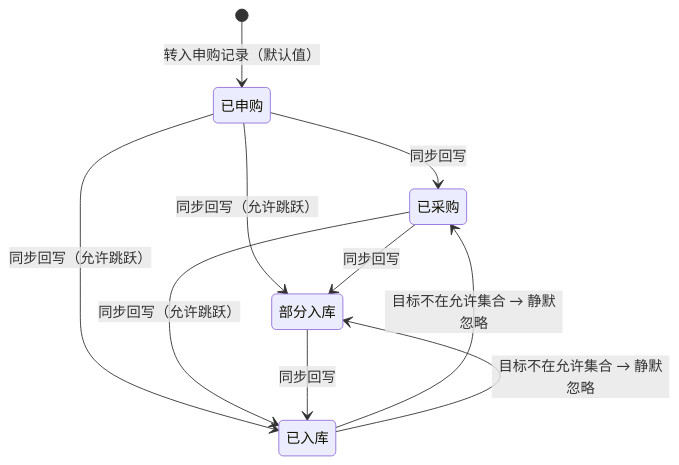
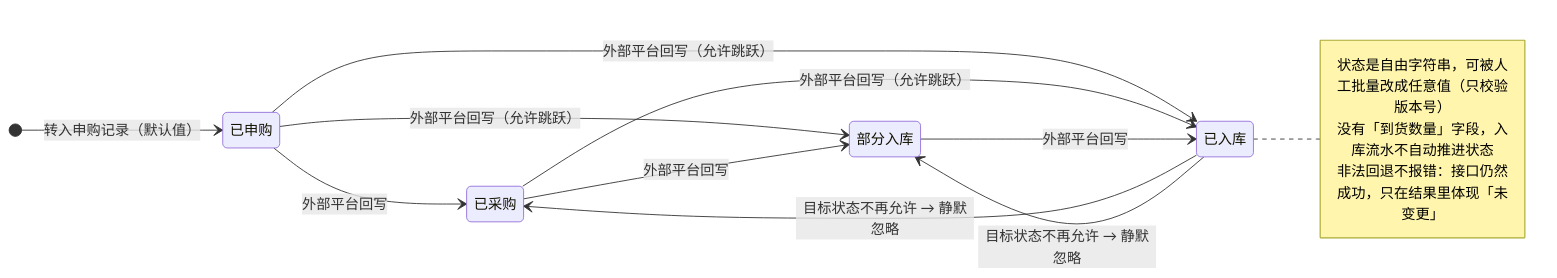
The fourth of 21 diagrams in docs/websites/pages/dev-state-machines.md (Sakana-1314/Electrical-Manager), drawn with Mermaid before and after one commit. The commit also changed other lines of this file and 24 other files, not shown here.

Commit message:
docs: 重构文档站（部署指南 / 接口 / 系统设计 + 图表化） (#301)

````diff
--- a/docs/websites/pages/dev-state-machines.md
+++ b/docs/websites/pages/dev-state-machines.md
@@ -83,12 +85,22 @@
 ```mermaid
 stateDiagram-v2
-    [*] --> 已申购 : 转入申购记录（默认值）
-    已申购 --> 已采购 : 同步回写
-    已申购 --> 部分入库 : 同步回写（允许跳跃）
-    已申购 --> 已入库 : 同步回写（允许跳跃）
-    已采购 --> 部分入库 : 同步回写
-    已采购 --> 已入库 : 同步回写（允许跳跃）
-    部分入库 --> 已入库 : 同步回写
-    已入库 --> 已采购 : 目标不在允许集合 → 静默忽略
-    已入库 --> 部分入库 : 目标不在允许集合 → 静默忽略
+    direction LR
+    state "已申购" as S1
+    state "已采购" as S2
+    state "部分入库" as S3
+    state "已入库" as S4
+    [*] --> S1 : 转入申购记录（默认值）
+    S1 --> S2 : 外部平台回写
+    S1 --> S3 : 外部平台回写（允许跳跃）
+    S1 --> S4 : 外部平台回写（允许跳跃）
+    S2 --> S3 : 外部平台回写
+    S2 --> S4 : 外部平台回写（允许跳跃）
+    S3 --> S4 : 外部平台回写
+    S4 --> S2 : 目标状态不再允许 → 静默忽略
+    S4 --> S3 : 目标状态不再允许 → 静默忽略
+    note right of S4
+        状态是自由字符串，可被人工批量改成任意值（只校验版本号）
+        没有「到货数量」字段，入库流水不自动推进状态
+        非法回退不报错：接口仍然成功，只在结果里体现「未变更」
+    end note
 ```
````
